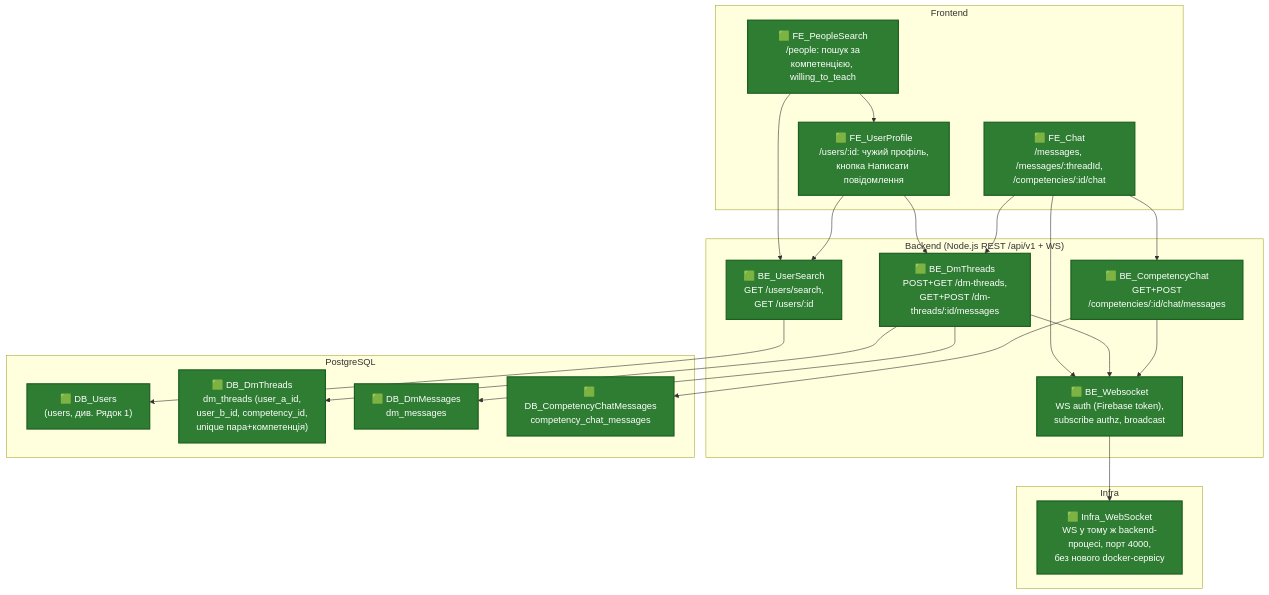
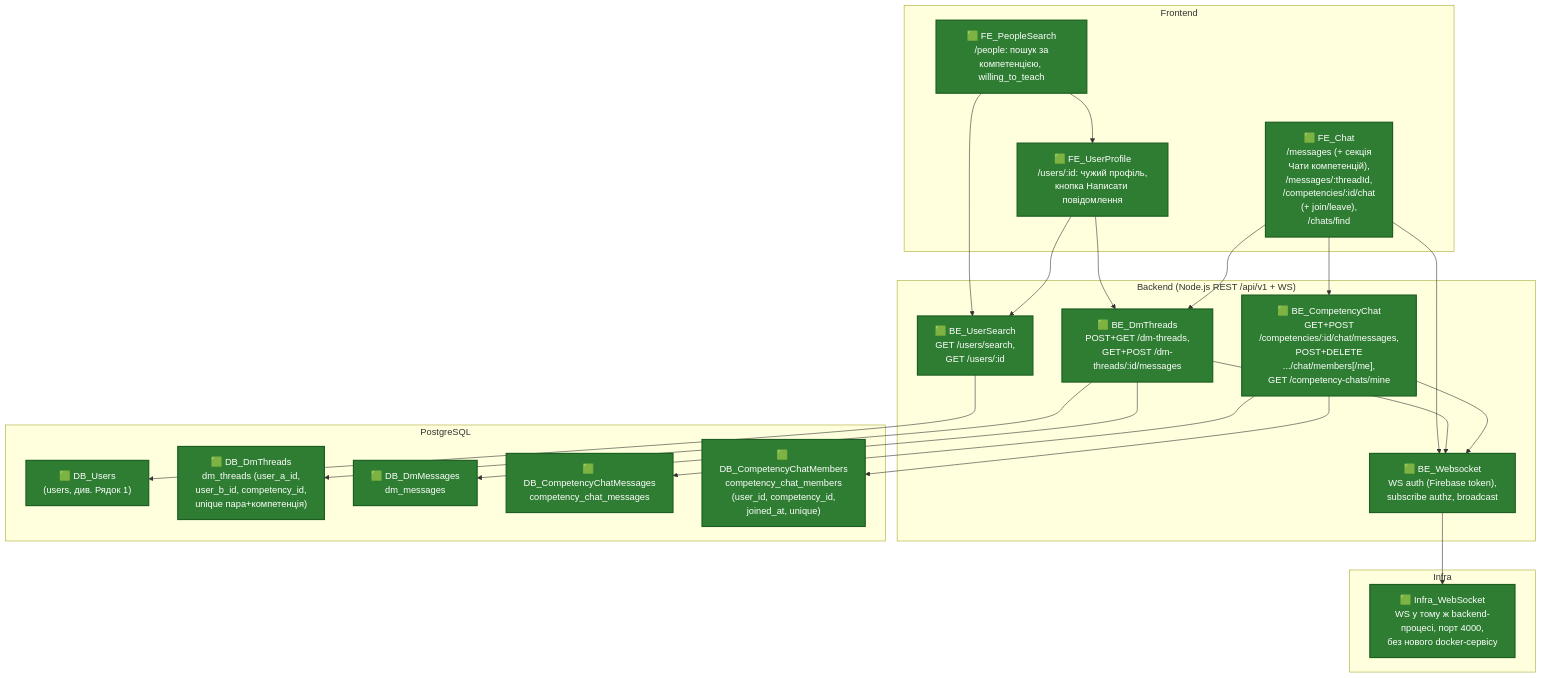
The fourth of 5 diagrams in PROJECT_MAP.md (ansukhorukova/learn-it), drawn with Mermaid before and after one commit. The commit also changed other lines of this file and 2 other files, not shown here.

Commit message:
docs: update PROJECT_MAP.md — персистентне членство в чаті компетенції (join/leave), екран "Знайти чати" (US-030…US-033)

````diff
--- a/PROJECT_MAP.md
+++ b/PROJECT_MAP.md
@@ -176,48 +176,50 @@
 ```mermaid
 graph TD
   classDef done fill:#2e7d32,color:#ffffff,stroke:#1b5e20,stroke-width:2px;
   classDef progress fill:#f9a825,color:#1a1a1a,stroke:#f57f17,stroke-width:2px;
   classDef planned fill:#37474f,color:#cfd8dc,stroke:#263238,stroke-width:1px,stroke-dasharray: 3 3;
 
   subgraph FE["Frontend"]
     FE_PeopleSearch["🟩 FE_PeopleSearch<br/>/people: пошук за<br/>компетенцією, willing_to_teach"]
     FE_UserProfile["🟩 FE_UserProfile<br/>/users/:id: чужий профіль,<br/>кнопка Написати повідомлення"]
-    FE_Chat["🟩 FE_Chat<br/>/messages, /messages/:threadId,<br/>/competencies/:id/chat"]
+    FE_Chat["🟩 FE_Chat<br/>/messages (+ секція<br/>Чати компетенцій),<br/>/messages/:threadId,<br/>/competencies/:id/chat<br/>(+ join/leave),<br/>/chats/find"]
   end
 
   subgraph BE["Backend (Node.js REST /api/v1 + WS)"]
     BE_UserSearch["🟩 BE_UserSearch<br/>GET /users/search,<br/>GET /users/:id"]
     BE_DmThreads["🟩 BE_DmThreads<br/>POST+GET /dm-threads,<br/>GET+POST /dm-threads/:id/messages"]
-    BE_CompetencyChat["🟩 BE_CompetencyChat<br/>GET+POST<br/>/competencies/:id/chat/messages"]
+    BE_CompetencyChat["🟩 BE_CompetencyChat<br/>GET+POST<br/>/competencies/:id/chat/messages,<br/>POST+DELETE<br/>.../chat/members[/me],<br/>GET /competency-chats/mine"]
     BE_Websocket["🟩 BE_Websocket<br/>WS auth (Firebase token),<br/>subscribe authz, broadcast"]
   end
 
   subgraph DB["PostgreSQL"]
     DB_Users["🟩 DB_Users<br/>(users, див. Рядок 1)"]
     DB_DmThreads["🟩 DB_DmThreads<br/>dm_threads (user_a_id,<br/>user_b_id, competency_id,<br/>unique пара+компетенція)"]
     DB_DmMessages["🟩 DB_DmMessages<br/>dm_messages"]
     DB_CompetencyChatMessages["🟩 DB_CompetencyChatMessages<br/>competency_chat_messages"]
+    DB_CompetencyChatMembers["🟩 DB_CompetencyChatMembers<br/>competency_chat_members<br/>(user_id, competency_id,<br/>joined_at, unique)"]
   end
 
   subgraph Infra["Infra"]
     Infra_WebSocket["🟩 Infra_WebSocket<br/>WS у тому ж backend-<br/>процесі, порт 4000,<br/>без нового docker-сервісу"]
   end
 
   FE_PeopleSearch --> BE_UserSearch
   FE_PeopleSearch --> FE_UserProfile
   FE_UserProfile --> BE_UserSearch
   FE_UserProfile --> BE_DmThreads
   FE_Chat --> BE_DmThreads
   FE_Chat --> BE_CompetencyChat
   FE_Chat --> BE_Websocket
 
   BE_UserSearch --> DB_Users
   BE_DmThreads --> DB_DmThreads
   BE_DmThreads --> DB_DmMessages
   BE_DmThreads --> BE_Websocket
   BE_CompetencyChat --> DB_CompetencyChatMessages
+  BE_CompetencyChat --> DB_CompetencyChatMembers
   BE_CompetencyChat --> BE_Websocket
   BE_Websocket --> Infra_WebSocket
 
-  class FE_PeopleSearch,FE_UserProfile,FE_Chat,BE_UserSearch,BE_DmThreads,BE_CompetencyChat,BE_Websocket,DB_Users,DB_DmThreads,DB_DmMessages,DB_CompetencyChatMessages,Infra_WebSocket done;
+  class FE_PeopleSearch,FE_UserProfile,FE_Chat,BE_UserSearch,BE_DmThreads,BE_CompetencyChat,BE_Websocket,DB_Users,DB_DmThreads,DB_DmMessages,DB_CompetencyChatMessages,DB_CompetencyChatMembers,Infra_WebSocket done;
 ```
````
